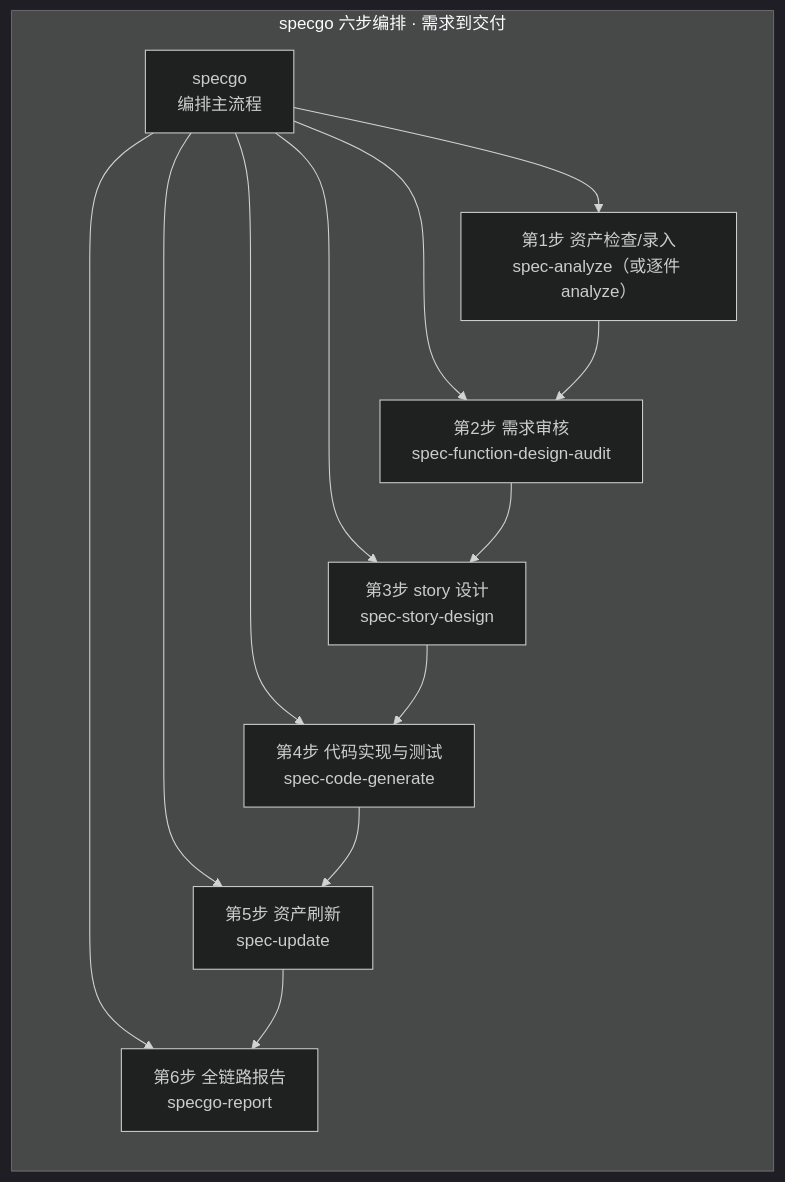
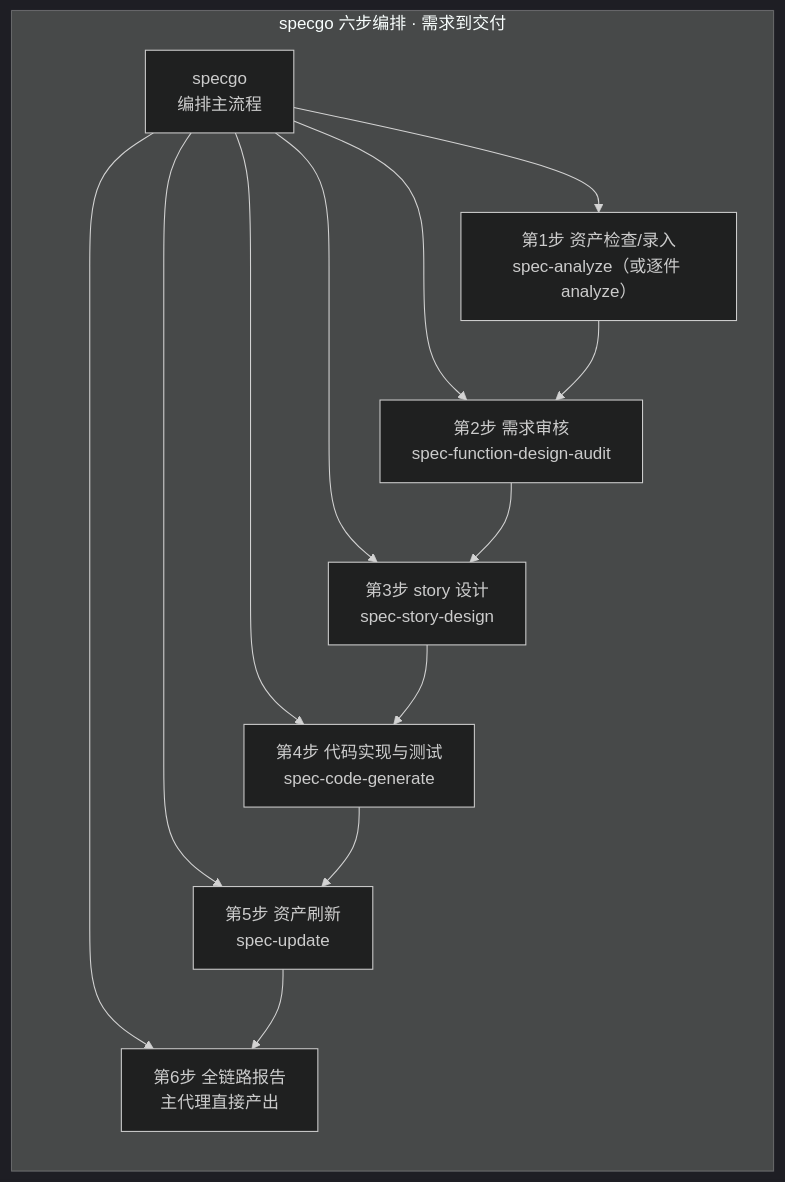
One commit to CoreGeekASTL/specgo changed the second of 4 diagrams in README.md. Above: the diagram before and after it, drawn with Mermaid (dark theme). The commit also changed other lines of this file and 61 other files, not shown here.

````diff
--- a/README.md
+++ b/README.md
@@ -45,24 +43,24 @@
 ```mermaid
 flowchart TB
     subgraph L["specgo 六步编排 · 需求到交付"]
         direction TB
         R0["specgo<br/>编排主流程"]
         S1["第1步 资产检查/录入<br/>spec-analyze（或逐件 analyze）"]
         S2["第2步 需求审核<br/>spec-function-design-audit"]
         S3["第3步 story 设计<br/>spec-story-design"]
         S4["第4步 代码实现与测试<br/>spec-code-generate"]
         S5["第5步 资产刷新<br/>spec-update"]
-        S6["第6步 全链路报告<br/>specgo-report"]
+        S6["第6步 全链路报告<br/>主代理直接产出"]
         R0 --> S1
         R0 --> S2
         R0 --> S3
         R0 --> S4
         R0 --> S5
         R0 --> S6
         S1 --> S2
         S2 --> S3
         S3 --> S4
         S4 --> S5
         S5 --> S6
     end
 ```
````
